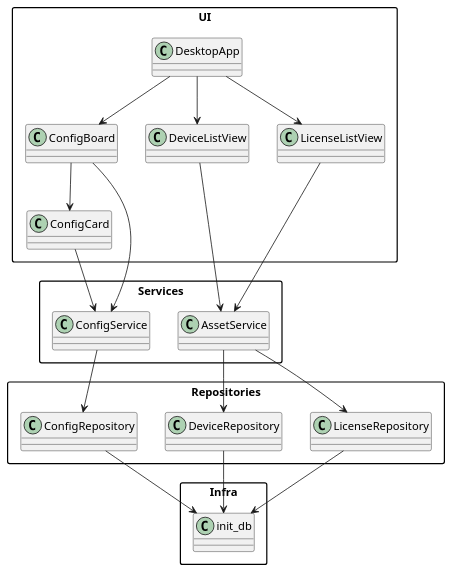
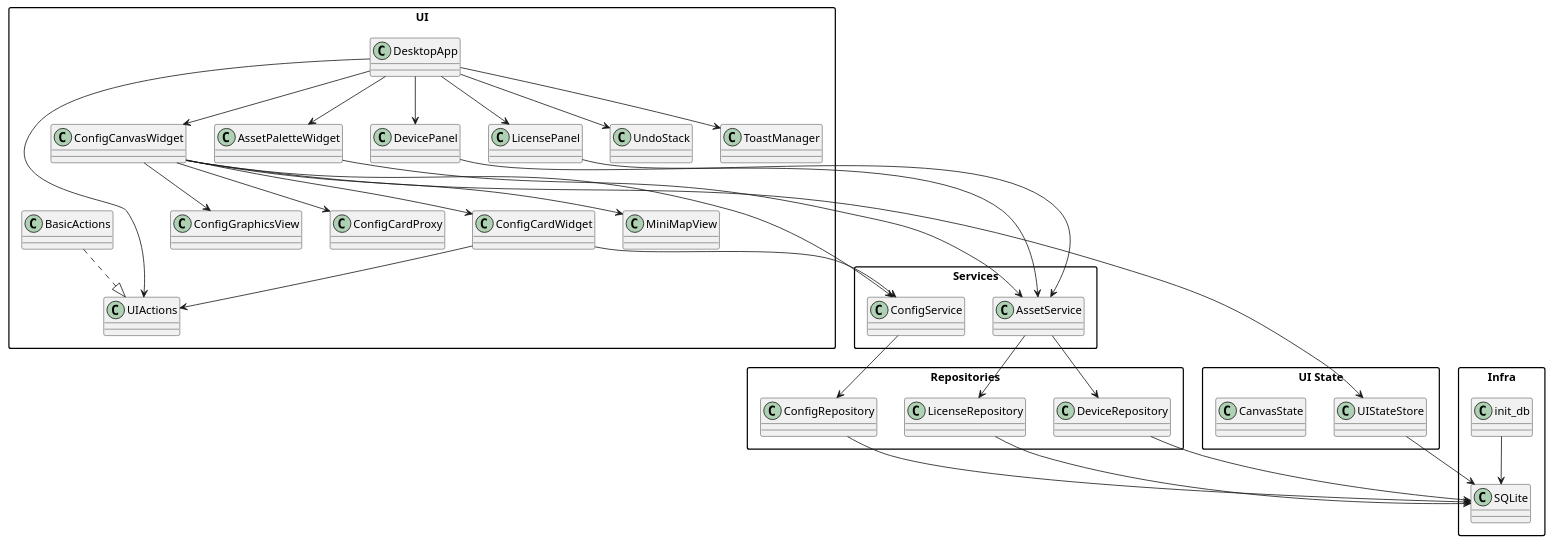
The diagram in docs/basic_design.puml (satoshuhei/desctop-asset-manager), drawn with PlantUML before and after one commit. The commit also changed 17 other files, not shown here.

```diff
--- a/docs/basic_design.puml
+++ b/docs/basic_design.puml
@@ -1,45 +1,73 @@
 @startuml
 skinparam packageStyle rectangle
 skinparam shadowing false
 
 package "UI" {
   class DesktopApp
-  class DeviceListView
-  class LicenseListView
-  class ConfigBoard
-  class ConfigCard
+  class AssetPaletteWidget
+  class DevicePanel
+  class LicensePanel
+  class ConfigCanvasWidget
+  class ConfigGraphicsView
+  class ConfigCardWidget
+  class ConfigCardProxy
+  class MiniMapView
+  class UIActions
+  class BasicActions
+  class UndoStack
+  class ToastManager
 }
 
 package "Services" {
   class AssetService
   class ConfigService
+}
+
+package "UI State" {
+  class UIStateStore
+  class CanvasState
 }
 
 package "Repositories" {
   class DeviceRepository
   class LicenseRepository
   class ConfigRepository
 }
 
 package "Infra" {
-  class DB as "init_db"
+  class AppDB as "init_db"
+  class SQLite
 }
 
-DesktopApp --> DeviceListView
-DesktopApp --> LicenseListView
-DesktopApp --> ConfigBoard
-ConfigBoard --> ConfigCard
+DesktopApp --> AssetPaletteWidget
+DesktopApp --> DevicePanel
+DesktopApp --> LicensePanel
+DesktopApp --> ConfigCanvasWidget
+DesktopApp --> UIActions
+DesktopApp --> UndoStack
+DesktopApp --> ToastManager
 
-DeviceListView --> AssetService
-LicenseListView --> AssetService
-ConfigBoard --> ConfigService
-ConfigCard --> ConfigService
+AssetPaletteWidget --> AssetService
+DevicePanel --> AssetService
+LicensePanel --> AssetService
+
+ConfigCanvasWidget --> ConfigGraphicsView
+ConfigCanvasWidget --> ConfigCardWidget
+ConfigCanvasWidget --> ConfigCardProxy
+ConfigCanvasWidget --> MiniMapView
+ConfigCanvasWidget --> UIStateStore
+ConfigCanvasWidget --> ConfigService
+ConfigCardWidget --> UIActions
+ConfigCardWidget --> ConfigService
+BasicActions ..|> UIActions
 
 AssetService --> DeviceRepository
 AssetService --> LicenseRepository
 ConfigService --> ConfigRepository
 
-DeviceRepository --> DB
-LicenseRepository --> DB
-ConfigRepository --> DB
+AppDB --> SQLite
+DeviceRepository --> SQLite
+LicenseRepository --> SQLite
+ConfigRepository --> SQLite
+UIStateStore --> SQLite
 @enduml
```
